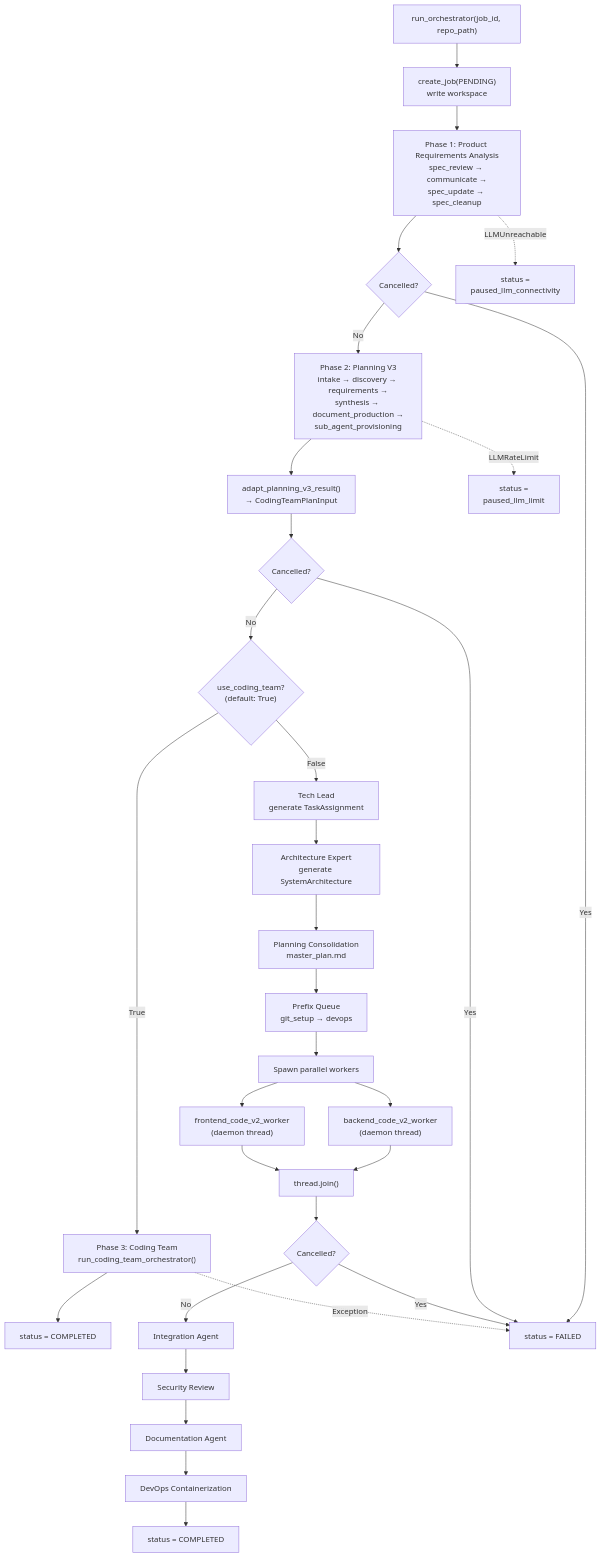
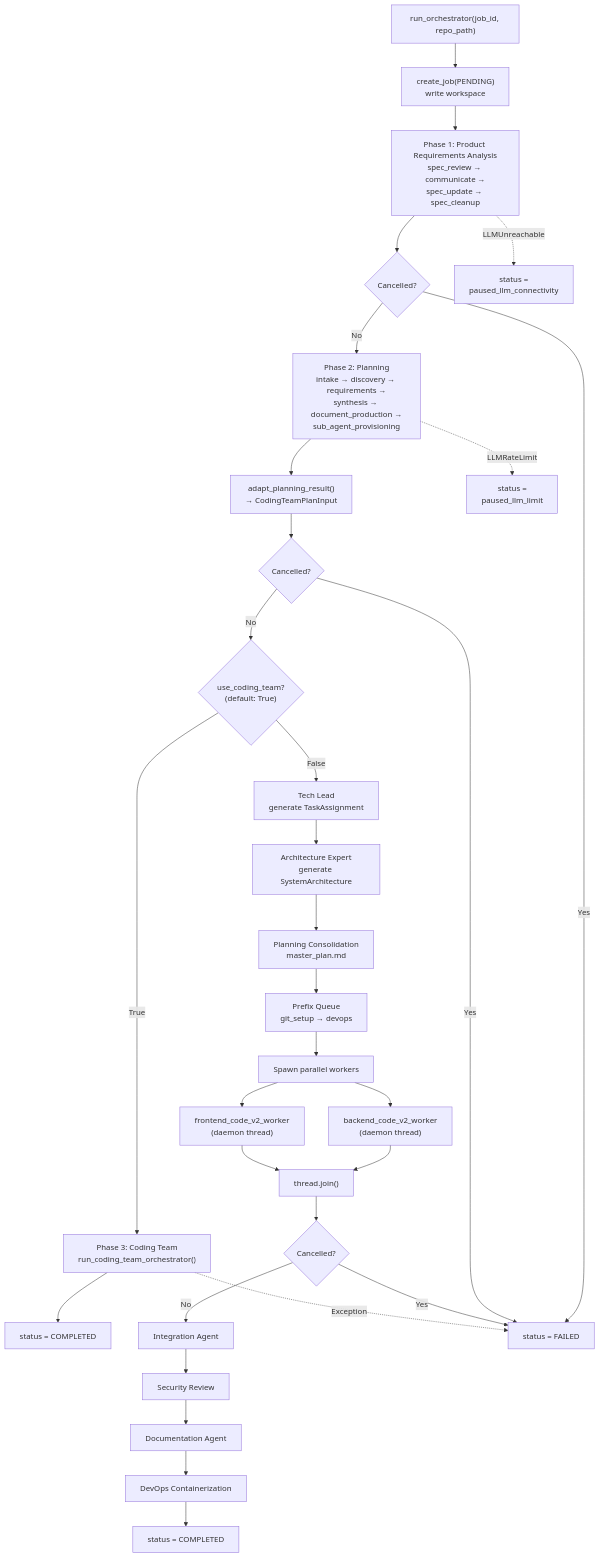
Before and after one commit to brandonkindred/Khala-Agentic-AI-Teams: the first of 11 diagrams in backend/agents/software_engineering_team/system_design/SE_Flow_Charts.md, drawn with Mermaid. The commit also changed other lines of this file and 217 other files, not shown here.

First line of the commit message:
Merge Planning V2 and V3 into a single "Planning" team (#1139)

````diff
--- a/backend/agents/software_engineering_team/system_design/SE_Flow_Charts.md
+++ b/backend/agents/software_engineering_team/system_design/SE_Flow_Charts.md
@@ -5,59 +5,59 @@
 ```mermaid
 flowchart TD
     START["run_orchestrator(job_id, repo_path)"]
     CREATE["create_job(PENDING)\nwrite workspace"]
     CANCEL1{"Cancelled?"}
 
     PRA["Phase 1: Product Requirements Analysis\nspec_review → communicate →\nspec_update → spec_cleanup"]
     CANCEL2{"Cancelled?"}
 
-    PV3["Phase 2: Planning V3\nintake → discovery → requirements →\nsynthesis → document_production →\nsub_agent_provisioning"]
-    ADAPT["adapt_planning_v3_result()\n→ CodingTeamPlanInput"]
+    Planning["Phase 2: Planning\nintake → discovery → requirements →\nsynthesis → document_production →\nsub_agent_provisioning"]
+    ADAPT["adapt_planning_result()\n→ CodingTeamPlanInput"]
     CANCEL3{"Cancelled?"}
 
     DECISION{"use_coding_team?\n(default: True)"}
 
     CT["Phase 3: Coding Team\nrun_coding_team_orchestrator()"]
     DONE["status = COMPLETED"]
 
     TL["Tech Lead\ngenerate TaskAssignment"]
     AE["Architecture Expert\ngenerate SystemArchitecture"]
     CONSOL["Planning Consolidation\nmaster_plan.md"]
     PREFIX["Prefix Queue\ngit_setup → devops"]
     SPAWN["Spawn parallel workers"]
     BACKEND["backend_code_v2_worker\n(daemon thread)"]
     FRONTEND["frontend_code_v2_worker\n(daemon thread)"]
     JOIN["thread.join()"]
     INTEG["Integration Agent"]
     SEC["Security Review"]
     DOCS["Documentation Agent"]
     DEVOPS["DevOps Containerization"]
     DONE2["status = COMPLETED"]
 
     ERR_LLM["status =\npaused_llm_connectivity"]
     ERR_LIMIT["status =\npaused_llm_limit"]
     ERR_FAIL["status = FAILED"]
 
     START --> CREATE --> PRA
     PRA --> CANCEL1
     CANCEL1 -->|Yes| ERR_FAIL
-    CANCEL1 -->|No| PV3
-    PV3 --> ADAPT --> CANCEL2
+    CANCEL1 -->|No| Planning
+    Planning --> ADAPT --> CANCEL2
     CANCEL2 -->|Yes| ERR_FAIL
     CANCEL2 -->|No| DECISION
 
     DECISION -->|True| CT --> DONE
     DECISION -->|False| TL --> AE --> CONSOL --> PREFIX
     PREFIX --> SPAWN
     SPAWN --> BACKEND
     SPAWN --> FRONTEND
     BACKEND --> JOIN
     FRONTEND --> JOIN
     JOIN --> CANCEL3
     CANCEL3 -->|Yes| ERR_FAIL
     CANCEL3 -->|No| INTEG --> SEC --> DOCS --> DEVOPS --> DONE2
 
     PRA -.->|LLMUnreachable| ERR_LLM
-    PV3 -.->|LLMRateLimit| ERR_LIMIT
+    Planning -.->|LLMRateLimit| ERR_LIMIT
     CT -.->|Exception| ERR_FAIL
 ```
````
